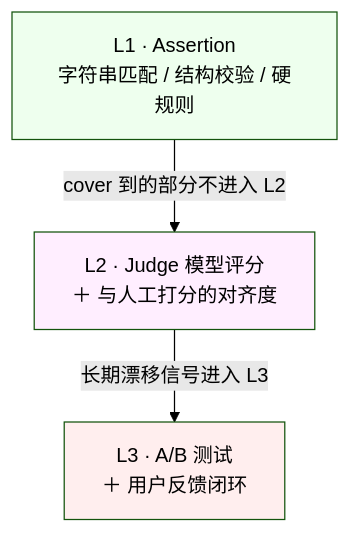
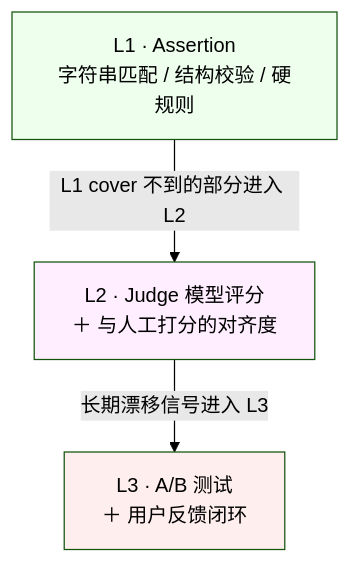
One commit to oh-my-vibe-coding/ai-reliability-architecture changed the first of 2 diagrams in 知识/07-质量可观测性与DataFlywheel.md. Above: the diagram before and after it, drawn with Mermaid (forest theme). The commit also changed other lines of this file and 93 other files, not shown here.

````diff
--- a/知识/07-质量可观测性与DataFlywheel.md
+++ b/知识/07-质量可观测性与DataFlywheel.md
@@ -41,13 +41,13 @@
 ```mermaid
 flowchart TB
     L1[L1 · Assertion<br/>字符串匹配 / 结构校验 / 硬规则]
     L2[L2 · Judge 模型评分<br/>＋ 与人工打分的对齐度]
     L3[L3 · A/B 测试<br/>＋ 用户反馈闭环]
 
-    L1 -->|cover 到的部分不进入 L2| L2
+    L1 -->|L1 cover 不到的部分进入 L2| L2
     L2 -->|长期漂移信号进入 L3| L3
 
     style L1 fill:#efe
     style L2 fill:#fef
     style L3 fill:#fee
 ```
````
